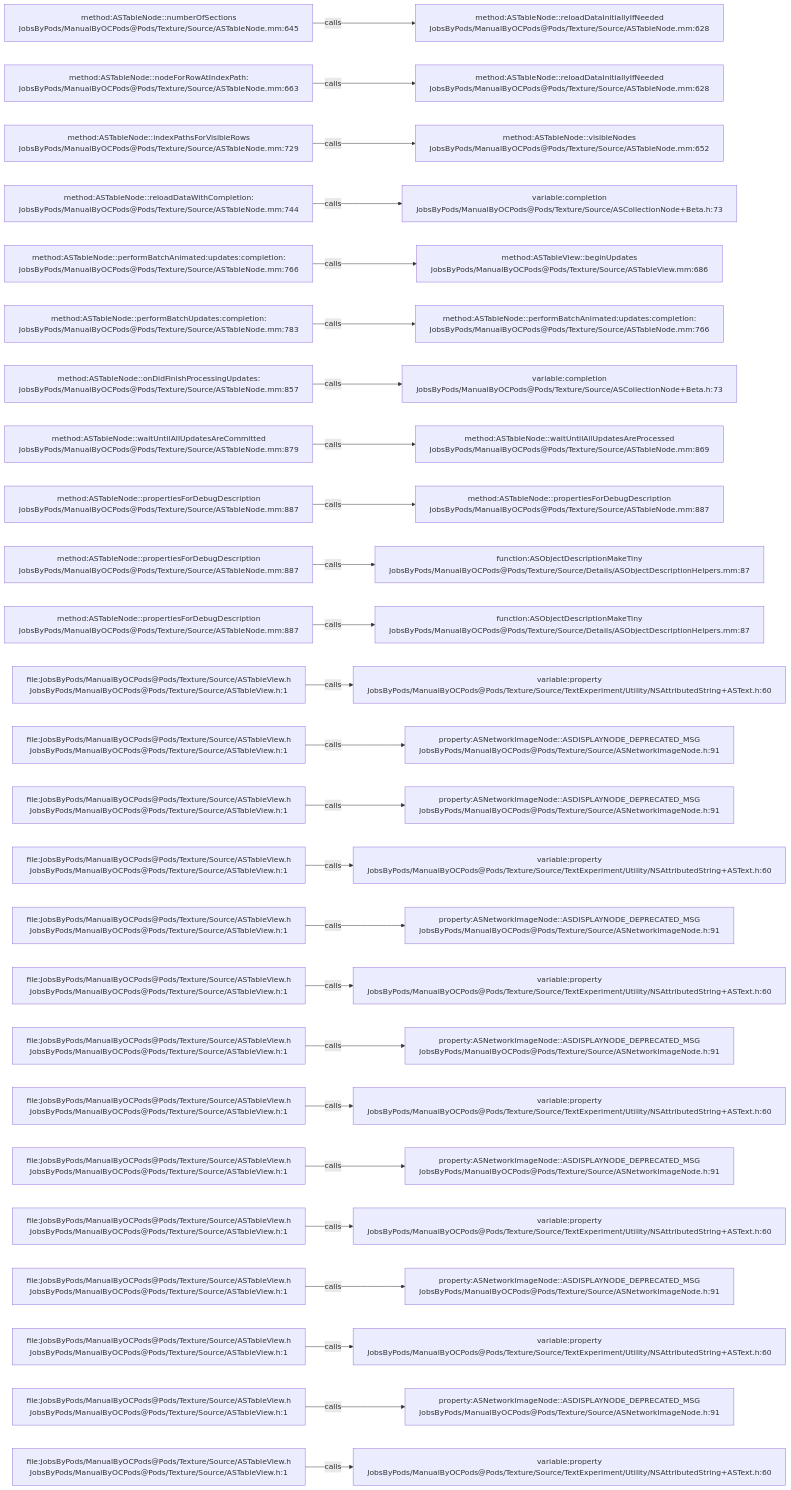
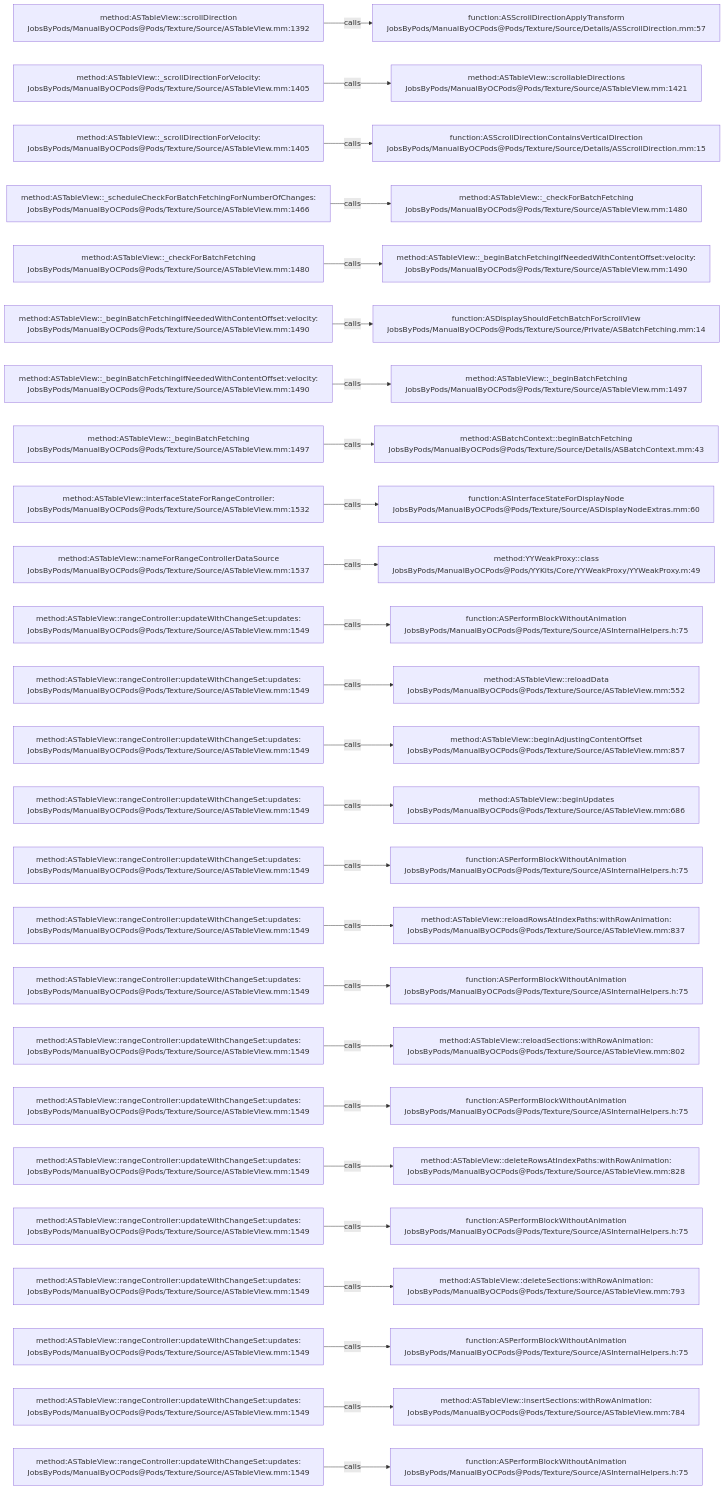
One commit to JobsKits/JobsOCBaseConfigDemo changed the diagram in .codegraph/codegraph.md/graphs/calls-122.md. Above: the diagram before and after it, drawn with Mermaid. The commit also changed 1448 other files, not shown here.

````diff
--- a/.codegraph/codegraph.md/graphs/calls-122.md
+++ b/.codegraph/codegraph.md/graphs/calls-122.md
@@ -13,78 +13,78 @@
 ```mermaid
 flowchart LR
-  S1["method:ASTableNode::numberOfSections<br/>JobsByPods/ManualByOCPods@Pods/Texture/Source/ASTableNode.mm:645"]
-  T1["method:ASTableNode::reloadDataInitiallyIfNeeded<br/>JobsByPods/ManualByOCPods@Pods/Texture/Source/ASTableNode.mm:628"]
+  S1["method:ASTableView::scrollDirection<br/>JobsByPods/ManualByOCPods@Pods/Texture/Source/ASTableView.mm:1392"]
+  T1["function:ASScrollDirectionApplyTransform<br/>JobsByPods/ManualByOCPods@Pods/Texture/Source/Details/ASScrollDirection.mm:57"]
   S1 -->|calls| T1
-  S2["method:ASTableNode::nodeForRowAtIndexPath:<br/>JobsByPods/ManualByOCPods@Pods/Texture/Source/ASTableNode.mm:663"]
-  T2["method:ASTableNode::reloadDataInitiallyIfNeeded<br/>JobsByPods/ManualByOCPods@Pods/Texture/Source/ASTableNode.mm:628"]
+  S2["method:ASTableView::_scrollDirectionForVelocity:<br/>JobsByPods/ManualByOCPods@Pods/Texture/Source/ASTableView.mm:1405"]
+  T2["method:ASTableView::scrollableDirections<br/>JobsByPods/ManualByOCPods@Pods/Texture/Source/ASTableView.mm:1421"]
   S2 -->|calls| T2
-  S3["method:ASTableNode::indexPathsForVisibleRows<br/>JobsByPods/ManualByOCPods@Pods/Texture/Source/ASTableNode.mm:729"]
-  T3["method:ASTableNode::visibleNodes<br/>JobsByPods/ManualByOCPods@Pods/Texture/Source/ASTableNode.mm:652"]
+  S3["method:ASTableView::_scrollDirectionForVelocity:<br/>JobsByPods/ManualByOCPods@Pods/Texture/Source/ASTableView.mm:1405"]
+  T3["function:ASScrollDirectionContainsVerticalDirection<br/>JobsByPods/ManualByOCPods@Pods/Texture/Source/Details/ASScrollDirection.mm:15"]
   S3 -->|calls| T3
-  S4["method:ASTableNode::reloadDataWithCompletion:<br/>JobsByPods/ManualByOCPods@Pods/Texture/Source/ASTableNode.mm:744"]
-  T4["variable:completion<br/>JobsByPods/ManualByOCPods@Pods/Texture/Source/ASCollectionNode+Beta.h:73"]
+  S4["method:ASTableView::_scheduleCheckForBatchFetchingForNumberOfChanges:<br/>JobsByPods/ManualByOCPods@Pods/Texture/Source/ASTableView.mm:1466"]
+  T4["method:ASTableView::_checkForBatchFetching<br/>JobsByPods/ManualByOCPods@Pods/Texture/Source/ASTableView.mm:1480"]
   S4 -->|calls| T4
-  S5["method:ASTableNode::performBatchAnimated:updates:completion:<br/>JobsByPods/ManualByOCPods@Pods/Texture/Source/ASTableNode.mm:766"]
-  T5["method:ASTableView::beginUpdates<br/>JobsByPods/ManualByOCPods@Pods/Texture/Source/ASTableView.mm:686"]
+  S5["method:ASTableView::_checkForBatchFetching<br/>JobsByPods/ManualByOCPods@Pods/Texture/Source/ASTableView.mm:1480"]
+  T5["method:ASTableView::_beginBatchFetchingIfNeededWithContentOffset:velocity:<br/>JobsByPods/ManualByOCPods@Pods/Texture/Source/ASTableView.mm:1490"]
   S5 -->|calls| T5
-  S6["method:ASTableNode::performBatchUpdates:completion:<br/>JobsByPods/ManualByOCPods@Pods/Texture/Source/ASTableNode.mm:783"]
-  T6["method:ASTableNode::performBatchAnimated:updates:completion:<br/>JobsByPods/ManualByOCPods@Pods/Texture/Source/ASTableNode.mm:766"]
+  S6["method:ASTableView::_beginBatchFetchingIfNeededWithContentOffset:velocity:<br/>JobsByPods/ManualByOCPods@Pods/Texture/Source/ASTableView.mm:1490"]
+  T6["function:ASDisplayShouldFetchBatchForScrollView<br/>JobsByPods/ManualByOCPods@Pods/Texture/Source/Private/ASBatchFetching.mm:14"]
   S6 -->|calls| T6
-  S7["method:ASTableNode::onDidFinishProcessingUpdates:<br/>JobsByPods/ManualByOCPods@Pods/Texture/Source/ASTableNode.mm:857"]
-  T7["variable:completion<br/>JobsByPods/ManualByOCPods@Pods/Texture/Source/ASCollectionNode+Beta.h:73"]
+  S7["method:ASTableView::_beginBatchFetchingIfNeededWithContentOffset:velocity:<br/>JobsByPods/ManualByOCPods@Pods/Texture/Source/ASTableView.mm:1490"]
+  T7["method:ASTableView::_beginBatchFetching<br/>JobsByPods/ManualByOCPods@Pods/Texture/Source/ASTableView.mm:1497"]
   S7 -->|calls| T7
-  S8["method:ASTableNode::waitUntilAllUpdatesAreCommitted<br/>JobsByPods/ManualByOCPods@Pods/Texture/Source/ASTableNode.mm:879"]
-  T8["method:ASTableNode::waitUntilAllUpdatesAreProcessed<br/>JobsByPods/ManualByOCPods@Pods/Texture/Source/ASTableNode.mm:869"]
+  S8["method:ASTableView::_beginBatchFetching<br/>JobsByPods/ManualByOCPods@Pods/Texture/Source/ASTableView.mm:1497"]
+  T8["method:ASBatchContext::beginBatchFetching<br/>JobsByPods/ManualByOCPods@Pods/Texture/Source/Details/ASBatchContext.mm:43"]
   S8 -->|calls| T8
-  S9["method:ASTableNode::propertiesForDebugDescription<br/>JobsByPods/ManualByOCPods@Pods/Texture/Source/ASTableNode.mm:887"]
-  T9["method:ASTableNode::propertiesForDebugDescription<br/>JobsByPods/ManualByOCPods@Pods/Texture/Source/ASTableNode.mm:887"]
+  S9["method:ASTableView::interfaceStateForRangeController:<br/>JobsByPods/ManualByOCPods@Pods/Texture/Source/ASTableView.mm:1532"]
+  T9["function:ASInterfaceStateForDisplayNode<br/>JobsByPods/ManualByOCPods@Pods/Texture/Source/ASDisplayNodeExtras.mm:60"]
   S9 -->|calls| T9
-  S10["method:ASTableNode::propertiesForDebugDescription<br/>JobsByPods/ManualByOCPods@Pods/Texture/Source/ASTableNode.mm:887"]
-  T10["function:ASObjectDescriptionMakeTiny<br/>JobsByPods/ManualByOCPods@Pods/Texture/Source/Details/ASObjectDescriptionHelpers.mm:87"]
+  S10["method:ASTableView::nameForRangeControllerDataSource<br/>JobsByPods/ManualByOCPods@Pods/Texture/Source/ASTableView.mm:1537"]
+  T10["method:YYWeakProxy::class<br/>JobsByPods/ManualByOCPods@Pods/YYKits/Core/YYWeakProxy/YYWeakProxy.m:49"]
   S10 -->|calls| T10
-  S11["method:ASTableNode::propertiesForDebugDescription<br/>JobsByPods/ManualByOCPods@Pods/Texture/Source/ASTableNode.mm:887"]
-  T11["function:ASObjectDescriptionMakeTiny<br/>JobsByPods/ManualByOCPods@Pods/Texture/Source/Details/ASObjectDescriptionHelpers.mm:87"]
+  S11["method:ASTableView::rangeController:updateWithChangeSet:updates:<br/>JobsByPods/ManualByOCPods@Pods/Texture/Source/ASTableView.mm:1549"]
+  T11["function:ASPerformBlockWithoutAnimation<br/>JobsByPods/ManualByOCPods@Pods/Texture/Source/ASInternalHelpers.h:75"]
   S11 -->|calls| T11
-  S12["file:JobsByPods/ManualByOCPods@Pods/Texture/Source/ASTableView.h<br/>JobsByPods/ManualByOCPods@Pods/Texture/Source/ASTableView.h:1"]
-  T12["variable:property<br/>JobsByPods/ManualByOCPods@Pods/Texture/Source/TextExperiment/Utility/NSAttributedString+ASText.h:60"]
+  S12["method:ASTableView::rangeController:updateWithChangeSet:updates:<br/>JobsByPods/ManualByOCPods@Pods/Texture/Source/ASTableView.mm:1549"]
+  T12["method:ASTableView::reloadData<br/>JobsByPods/ManualByOCPods@Pods/Texture/Source/ASTableView.mm:552"]
   S12 -->|calls| T12
-  S13["file:JobsByPods/ManualByOCPods@Pods/Texture/Source/ASTableView.h<br/>JobsByPods/ManualByOCPods@Pods/Texture/Source/ASTableView.h:1"]
-  T13["property:ASNetworkImageNode::ASDISPLAYNODE_DEPRECATED_MSG<br/>JobsByPods/ManualByOCPods@Pods/Texture/Source/ASNetworkImageNode.h:91"]
+  S13["method:ASTableView::rangeController:updateWithChangeSet:updates:<br/>JobsByPods/ManualByOCPods@Pods/Texture/Source/ASTableView.mm:1549"]
+  T13["method:ASTableView::beginAdjustingContentOffset<br/>JobsByPods/ManualByOCPods@Pods/Texture/Source/ASTableView.mm:857"]
   S13 -->|calls| T13
-  S14["file:JobsByPods/ManualByOCPods@Pods/Texture/Source/ASTableView.h<br/>JobsByPods/ManualByOCPods@Pods/Texture/Source/ASTableView.h:1"]
-  T14["property:ASNetworkImageNode::ASDISPLAYNODE_DEPRECATED_MSG<br/>JobsByPods/ManualByOCPods@Pods/Texture/Source/ASNetworkImageNode.h:91"]
+  S14["method:ASTableView::rangeController:updateWithChangeSet:updates:<br/>JobsByPods/ManualByOCPods@Pods/Texture/Source/ASTableView.mm:1549"]
+  T14["method:ASTableView::beginUpdates<br/>JobsByPods/ManualByOCPods@Pods/Texture/Source/ASTableView.mm:686"]
   S14 -->|calls| T14
-  S15["file:JobsByPods/ManualByOCPods@Pods/Texture/Source/ASTableView.h<br/>JobsByPods/ManualByOCPods@Pods/Texture/Source/ASTableView.h:1"]
-  T15["variable:property<br/>JobsByPods/ManualByOCPods@Pods/Texture/Source/TextExperiment/Utility/NSAttributedString+ASText.h:60"]
+  S15["method:ASTableView::rangeController:updateWithChangeSet:updates:<br/>JobsByPods/ManualByOCPods@Pods/Texture/Source/ASTableView.mm:1549"]
+  T15["function:ASPerformBlockWithoutAnimation<br/>JobsByPods/ManualByOCPods@Pods/Texture/Source/ASInternalHelpers.h:75"]
   S15 -->|calls| T15
-  S16["file:JobsByPods/ManualByOCPods@Pods/Texture/Source/ASTableView.h<br/>JobsByPods/ManualByOCPods@Pods/Texture/Source/ASTableView.h:1"]
-  T16["property:ASNetworkImageNode::ASDISPLAYNODE_DEPRECATED_MSG<br/>JobsByPods/ManualByOCPods@Pods/Texture/Source/ASNetworkImageNode.h:91"]
+  S16["method:ASTableView::rangeController:updateWithChangeSet:updates:<br/>JobsByPods/ManualByOCPods@Pods/Texture/Source/ASTableView.mm:1549"]
+  T16["method:ASTableView::reloadRowsAtIndexPaths:withRowAnimation:<br/>JobsByPods/ManualByOCPods@Pods/Texture/Source/ASTableView.mm:837"]
   S16 -->|calls| T16
-  S17["file:JobsByPods/ManualByOCPods@Pods/Texture/Source/ASTableView.h<br/>JobsByPods/ManualByOCPods@Pods/Texture/Source/ASTableView.h:1"]
-  T17["variable:property<br/>JobsByPods/ManualByOCPods@Pods/Texture/Source/TextExperiment/Utility/NSAttributedString+ASText.h:60"]
+  S17["method:ASTableView::rangeController:updateWithChangeSet:updates:<br/>JobsByPods/ManualByOCPods@Pods/Texture/Source/ASTableView.mm:1549"]
+  T17["function:ASPerformBlockWithoutAnimation<br/>JobsByPods/ManualByOCPods@Pods/Texture/Source/ASInternalHelpers.h:75"]
   S17 -->|calls| T17
-  S18["file:JobsByPods/ManualByOCPods@Pods/Texture/Source/ASTableView.h<br/>JobsByPods/ManualByOCPods@Pods/Texture/Source/ASTableView.h:1"]
-  T18["property:ASNetworkImageNode::ASDISPLAYNODE_DEPRECATED_MSG<br/>JobsByPods/ManualByOCPods@Pods/Texture/Source/ASNetworkImageNode.h:91"]
+  S18["method:ASTableView::rangeController:updateWithChangeSet:updates:<br/>JobsByPods/ManualByOCPods@Pods/Texture/Source/ASTableView.mm:1549"]
+  T18["method:ASTableView::reloadSections:withRowAnimation:<br/>JobsByPods/ManualByOCPods@Pods/Texture/Source/ASTableView.mm:802"]
   S18 -->|calls| T18
-  S19["file:JobsByPods/ManualByOCPods@Pods/Texture/Source/ASTableView.h<br/>JobsByPods/ManualByOCPods@Pods/Texture/Source/ASTableView.h:1"]
-  T19["variable:property<br/>JobsByPods/ManualByOCPods@Pods/Texture/Source/TextExperiment/Utility/NSAttributedString+ASText.h:60"]
+  S19["method:ASTableView::rangeController:updateWithChangeSet:updates:<br/>JobsByPods/ManualByOCPods@Pods/Texture/Source/ASTableView.mm:1549"]
+  T19["function:ASPerformBlockWithoutAnimation<br/>JobsByPods/ManualByOCPods@Pods/Texture/Source/ASInternalHelpers.h:75"]
   S19 -->|calls| T19
-  S20["file:JobsByPods/ManualByOCPods@Pods/Texture/Source/ASTableView.h<br/>JobsByPods/ManualByOCPods@Pods/Texture/Source/ASTableView.h:1"]
-  T20["property:ASNetworkImageNode::ASDISPLAYNODE_DEPRECATED_MSG<br/>JobsByPods/ManualByOCPods@Pods/Texture/Source/ASNetworkImageNode.h:91"]
+  S20["method:ASTableView::rangeController:updateWithChangeSet:updates:<br/>JobsByPods/ManualByOCPods@Pods/Texture/Source/ASTableView.mm:1549"]
+  T20["method:ASTableView::deleteRowsAtIndexPaths:withRowAnimation:<br/>JobsByPods/ManualByOCPods@Pods/Texture/Source/ASTableView.mm:828"]
   S20 -->|calls| T20
-  S21["file:JobsByPods/ManualByOCPods@Pods/Texture/Source/ASTableView.h<br/>JobsByPods/ManualByOCPods@Pods/Texture/Source/ASTableView.h:1"]
-  T21["variable:property<br/>JobsByPods/ManualByOCPods@Pods/Texture/Source/TextExperiment/Utility/NSAttributedString+ASText.h:60"]
+  S21["method:ASTableView::rangeController:updateWithChangeSet:updates:<br/>JobsByPods/ManualByOCPods@Pods/Texture/Source/ASTableView.mm:1549"]
+  T21["function:ASPerformBlockWithoutAnimation<br/>JobsByPods/ManualByOCPods@Pods/Texture/Source/ASInternalHelpers.h:75"]
   S21 -->|calls| T21
-  S22["file:JobsByPods/ManualByOCPods@Pods/Texture/Source/ASTableView.h<br/>JobsByPods/ManualByOCPods@Pods/Texture/Source/ASTableView.h:1"]
-  T22["property:ASNetworkImageNode::ASDISPLAYNODE_DEPRECATED_MSG<br/>JobsByPods/ManualByOCPods@Pods/Texture/Source/ASNetworkImageNode.h:91"]
+  S22["method:ASTableView::rangeController:updateWithChangeSet:updates:<br/>JobsByPods/ManualByOCPods@Pods/Texture/Source/ASTableView.mm:1549"]
+  T22["method:ASTableView::deleteSections:withRowAnimation:<br/>JobsByPods/ManualByOCPods@Pods/Texture/Source/ASTableView.mm:793"]
   S22 -->|calls| T22
-  S23["file:JobsByPods/ManualByOCPods@Pods/Texture/Source/ASTableView.h<br/>JobsByPods/ManualByOCPods@Pods/Texture/Source/ASTableView.h:1"]
-  T23["variable:property<br/>JobsByPods/ManualByOCPods@Pods/Texture/Source/TextExperiment/Utility/NSAttributedString+ASText.h:60"]
+  S23["method:ASTableView::rangeController:updateWithChangeSet:updates:<br/>JobsByPods/ManualByOCPods@Pods/Texture/Source/ASTableView.mm:1549"]
+  T23["function:ASPerformBlockWithoutAnimation<br/>JobsByPods/ManualByOCPods@Pods/Texture/Source/ASInternalHelpers.h:75"]
   S23 -->|calls| T23
-  S24["file:JobsByPods/ManualByOCPods@Pods/Texture/Source/ASTableView.h<br/>JobsByPods/ManualByOCPods@Pods/Texture/Source/ASTableView.h:1"]
-  T24["property:ASNetworkImageNode::ASDISPLAYNODE_DEPRECATED_MSG<br/>JobsByPods/ManualByOCPods@Pods/Texture/Source/ASNetworkImageNode.h:91"]
+  S24["method:ASTableView::rangeController:updateWithChangeSet:updates:<br/>JobsByPods/ManualByOCPods@Pods/Texture/Source/ASTableView.mm:1549"]
+  T24["method:ASTableView::insertSections:withRowAnimation:<br/>JobsByPods/ManualByOCPods@Pods/Texture/Source/ASTableView.mm:784"]
   S24 -->|calls| T24
-  S25["file:JobsByPods/ManualByOCPods@Pods/Texture/Source/ASTableView.h<br/>JobsByPods/ManualByOCPods@Pods/Texture/Source/ASTableView.h:1"]
-  T25["variable:property<br/>JobsByPods/ManualByOCPods@Pods/Texture/Source/TextExperiment/Utility/NSAttributedString+ASText.h:60"]
+  S25["method:ASTableView::rangeController:updateWithChangeSet:updates:<br/>JobsByPods/ManualByOCPods@Pods/Texture/Source/ASTableView.mm:1549"]
+  T25["function:ASPerformBlockWithoutAnimation<br/>JobsByPods/ManualByOCPods@Pods/Texture/Source/ASInternalHelpers.h:75"]
   S25 -->|calls| T25
 ```
````
